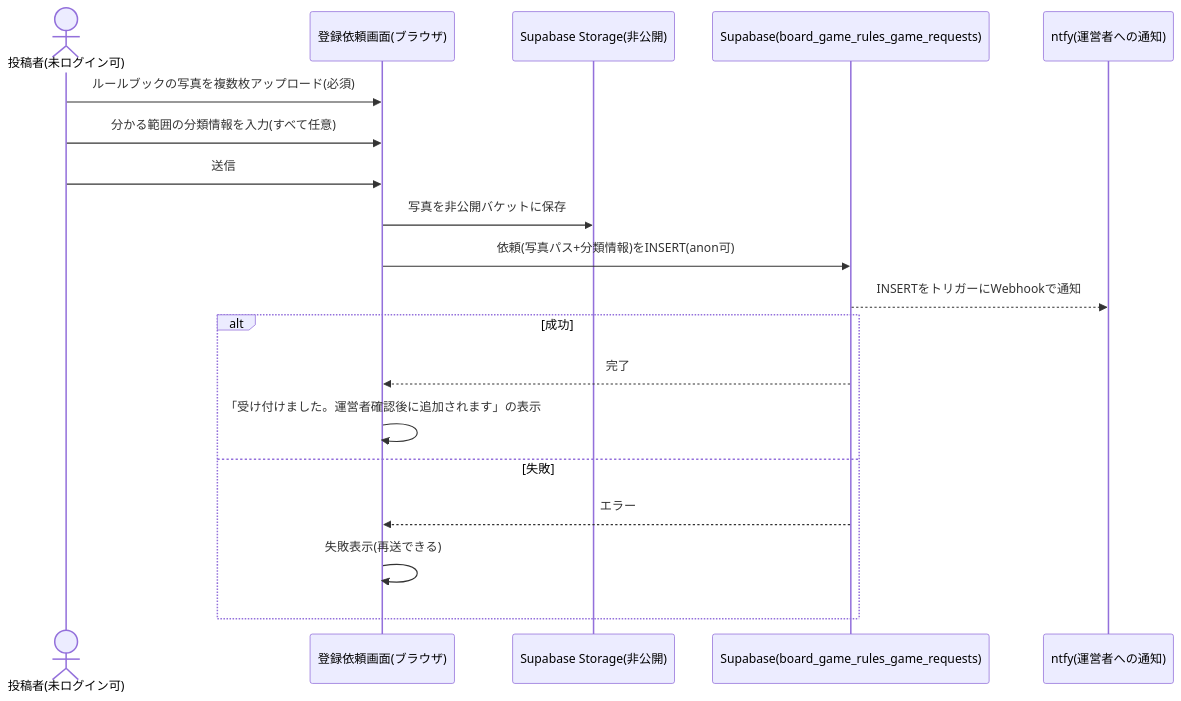
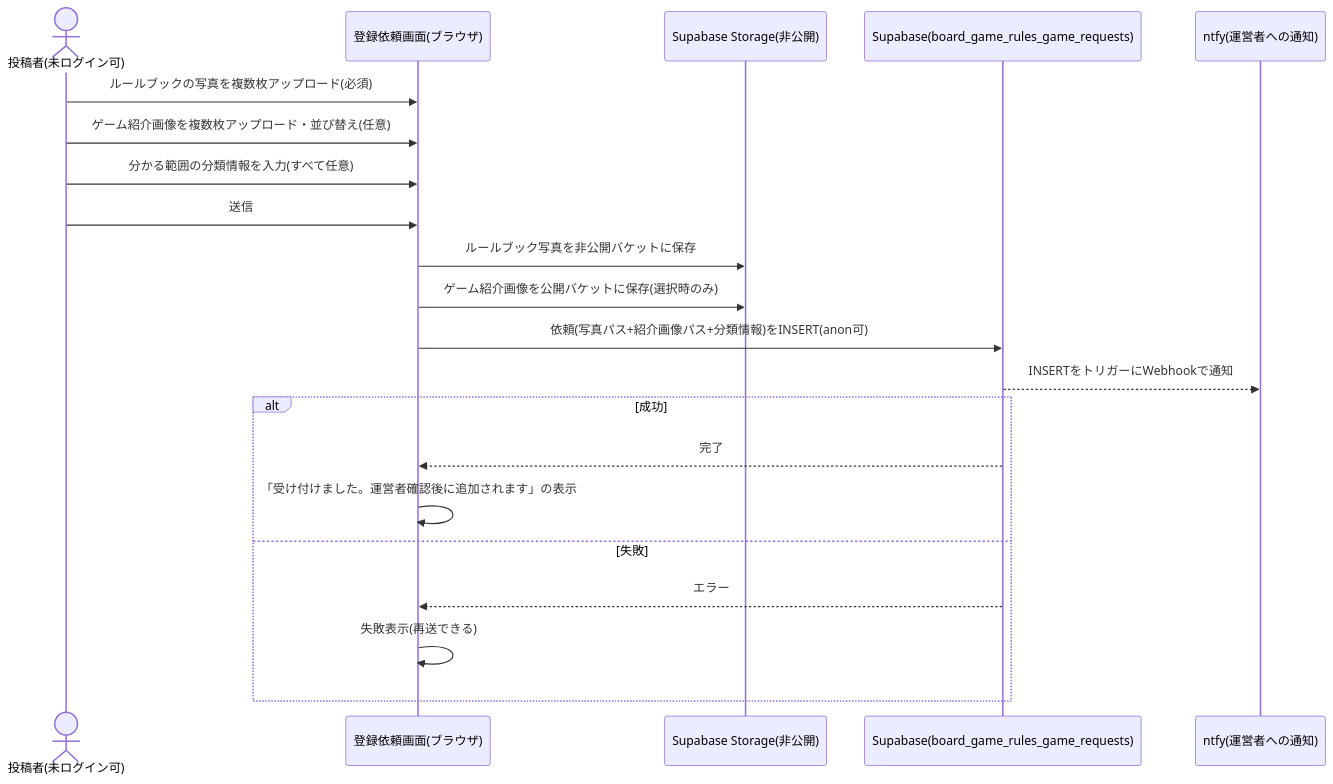
Before and after one commit to zakiyama0108/benriyatool: the first of 2 diagrams in specs/board-game-rules/game-registration/design.md, drawn with Mermaid. The commit also changed other lines of this file and 15 other files, not shown here.

````diff
--- a/specs/board-game-rules/game-registration/design.md
+++ b/specs/board-game-rules/game-registration/design.md
@@ -7,22 +7,24 @@
 ```mermaid
 sequenceDiagram
     actor poster as 投稿者(未ログイン可)
     participant screen as 登録依頼画面(ブラウザ)
     participant storage as Supabase Storage(非公開)
     participant db as Supabase(board_game_rules_game_requests)
     participant notify as ntfy(運営者への通知)
 
     poster ->> screen: ルールブックの写真を複数枚アップロード(必須)
+    poster ->> screen: ゲーム紹介画像を複数枚アップロード・並び替え(任意)
     poster ->> screen: 分かる範囲の分類情報を入力(すべて任意)
     poster ->> screen: 送信
-    screen ->> storage: 写真を非公開バケットに保存
-    screen ->> db: 依頼(写真パス+分類情報)をINSERT(anon可)
+    screen ->> storage: ルールブック写真を非公開バケットに保存
+    screen ->> storage: ゲーム紹介画像を公開バケットに保存(選択時のみ)
+    screen ->> db: 依頼(写真パス+紹介画像パス+分類情報)をINSERT(anon可)
     db -->> notify: INSERTをトリガーにWebhookで通知
     alt 成功
         db -->> screen: 完了
         screen ->> screen: 「受け付けました。運営者確認後に追加されます」の表示
     else 失敗
         db -->> screen: エラー
         screen ->> screen: 失敗表示(再送できる)
     end
 ```
````
